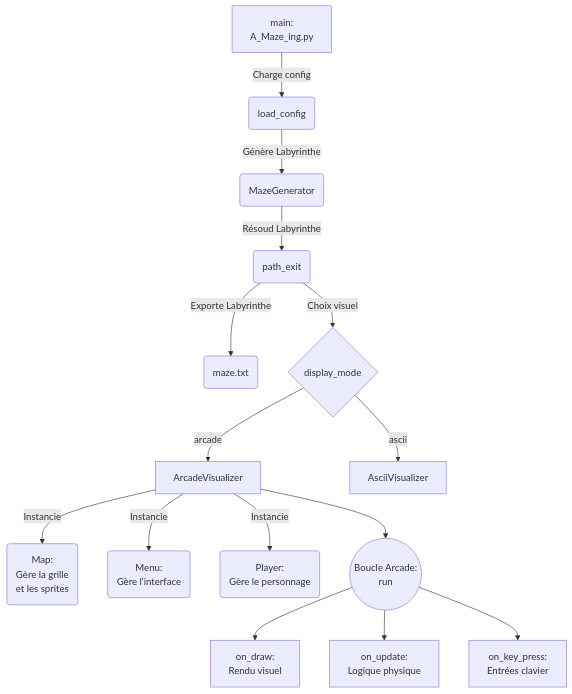
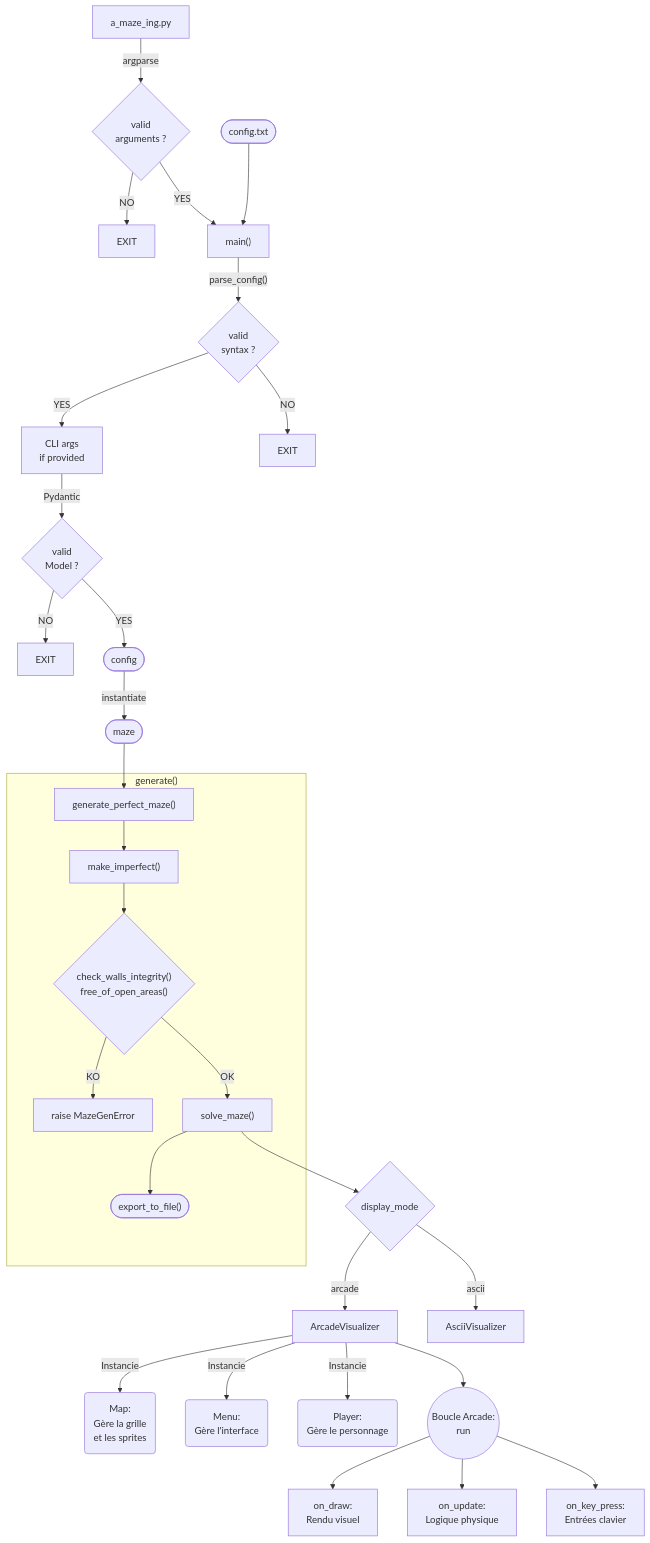
The diagram in README.md (eclectik-vd/42_A_Maze_ing), drawn with Mermaid before and after one commit. The commit also changed other lines of this file, not shown here.

Commit message:
Doc: update flowchart

````diff
--- a/README.md
+++ b/README.md
@@ -244,20 +243,45 @@
 ```mermaid
 flowchart TD
-    A["main:<br>A_Maze_ing.py"] -->|Charge config| B(load_config)
-    B -->|Génère Labyrinthe| C(MazeGenerator)
-    C -->|Résoud Labyrinthe| D(path_exit)
-    D -->|Exporte Labyrinthe| E0(maze.txt)
-    D -->|Choix visuel| E{display_mode}
-    E -->|arcade| F1[ArcadeVisualizer]
-    E -->|ascii| F2[AsciiVisualizer]
+    %% Défine styles
+    classDef file fill:#f9d0c4,stroke:#333,stroke-width:2px;
+    classDef process fill:#c4d7f9,stroke:#333,stroke-width:2px;
+    classDef data fill:#c4f9d0,stroke:#333,stroke-width:2px;
+    classDef error fill:#ff9999,stroke:#333,stroke-width:2px;
+
+    %% Nodes
+    A["a_maze_ing.py"] -->|"argparse"| B{"valid<br>arguments ?"}
+    B -->|NO| B0["EXIT"]
+
+    B -->|YES| C["main()"]
+    B1(["config.txt"]) --> C
+    C -->|"parse_config()"| D{"valid<br>syntax ?"}
+    D -->|YES| E["CLI args<br>if provided"]
+    D -->|NO| D0["EXIT"]
+    E -->|Pydantic| F{"valid<br>Model ?"}
+    F -->|NO| F0["EXIT"]
+    F -->|YES| G(["config"])
+
+    G -->|"instantiate"| H([maze])
+    H --> H1["generate_perfect_maze()"]
+    subgraph "generate()"
+        H1 --> H2["make_imperfect()"]
+        H2 --> H3{"check_walls_integrity()<br>free_of_open_areas()"}
+        H3 -->|KO| H0["raise MazeGenError"]
+        H3 -->|OK| I["solve_maze()"]
+        I --> J0(["export_to_file()"])
+    end
+
+    I --> J{"display_mode"}
+    J -->|arcade| J2["ArcadeVisualizer"]
+    J -->|ascii| J1["AsciiVisualizer"]
+
+    J2 -->|Instancie| K("Map:<br>Gère la grille<br>et les sprites")
+    J2 -->|Instancie| L("Menu:<br>Gère l'interface")
+    J2 -->|Instancie| M("Player:<br>Gère le personnage")
     
-    F1 -->|Instancie| G("Map:<br>Gère la grille<br>et les sprites")
-    F1 -->|Instancie| H("Menu:<br>Gère l'interface")
-    F1 -->|Instancie| I("Player:<br>Gère le personnage")
-    
-    F1 --> J(("Boucle Arcade:<br>run"))
-    J --> K["on_draw:<br>Rendu visuel"]
-    J --> L["on_update:<br>Logique physique"]
-    J --> M["on_key_press:<br>Entrées clavier"]
+    J2 --> N(("Boucle Arcade:<br>run"))
+    N --> O["on_draw:<br>Rendu visuel"]
+    N --> P["on_update:<br>Logique physique"]
+    N --> Q["on_key_press:<br>Entrées clavier"]
 
 ```
````
